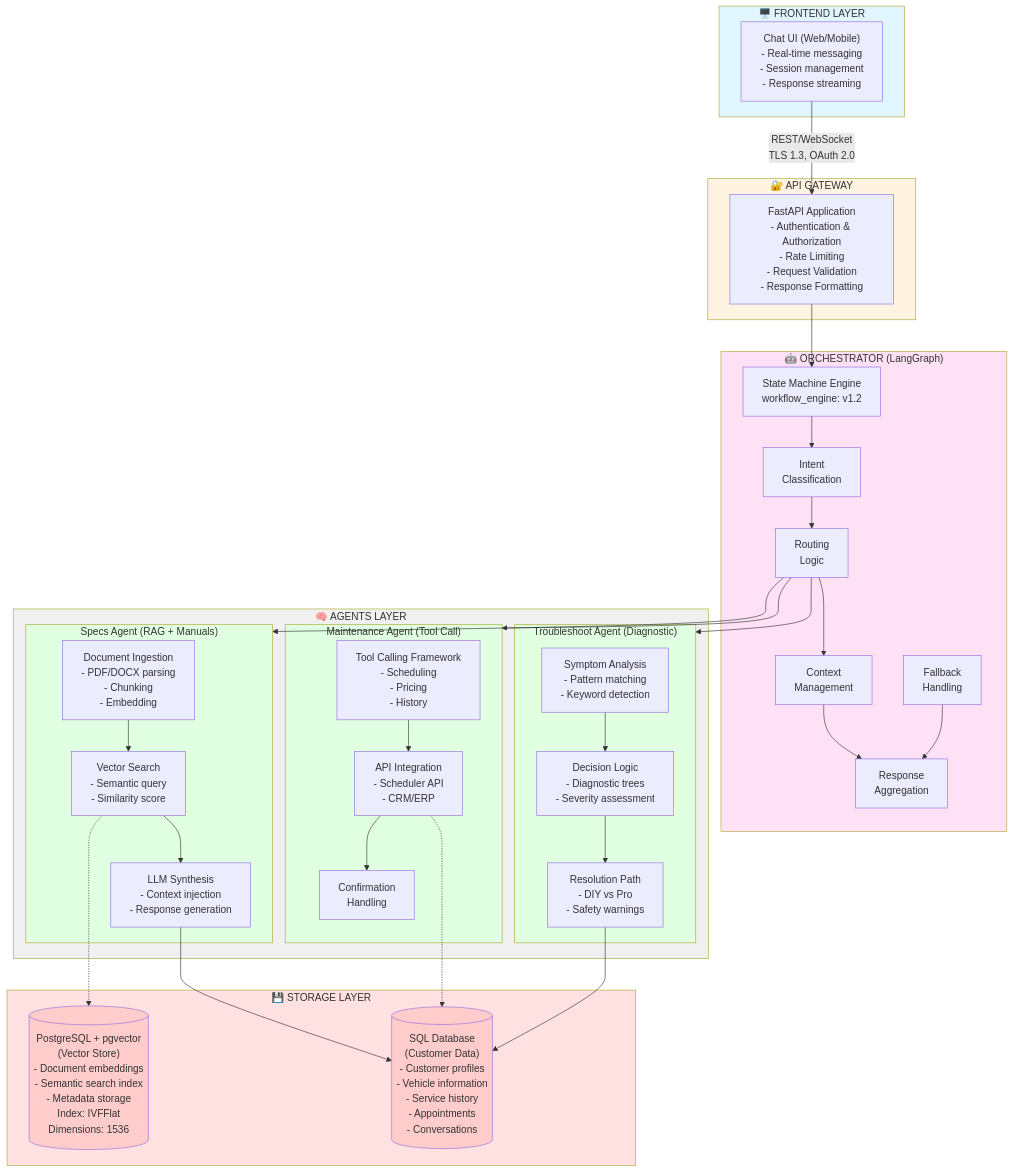
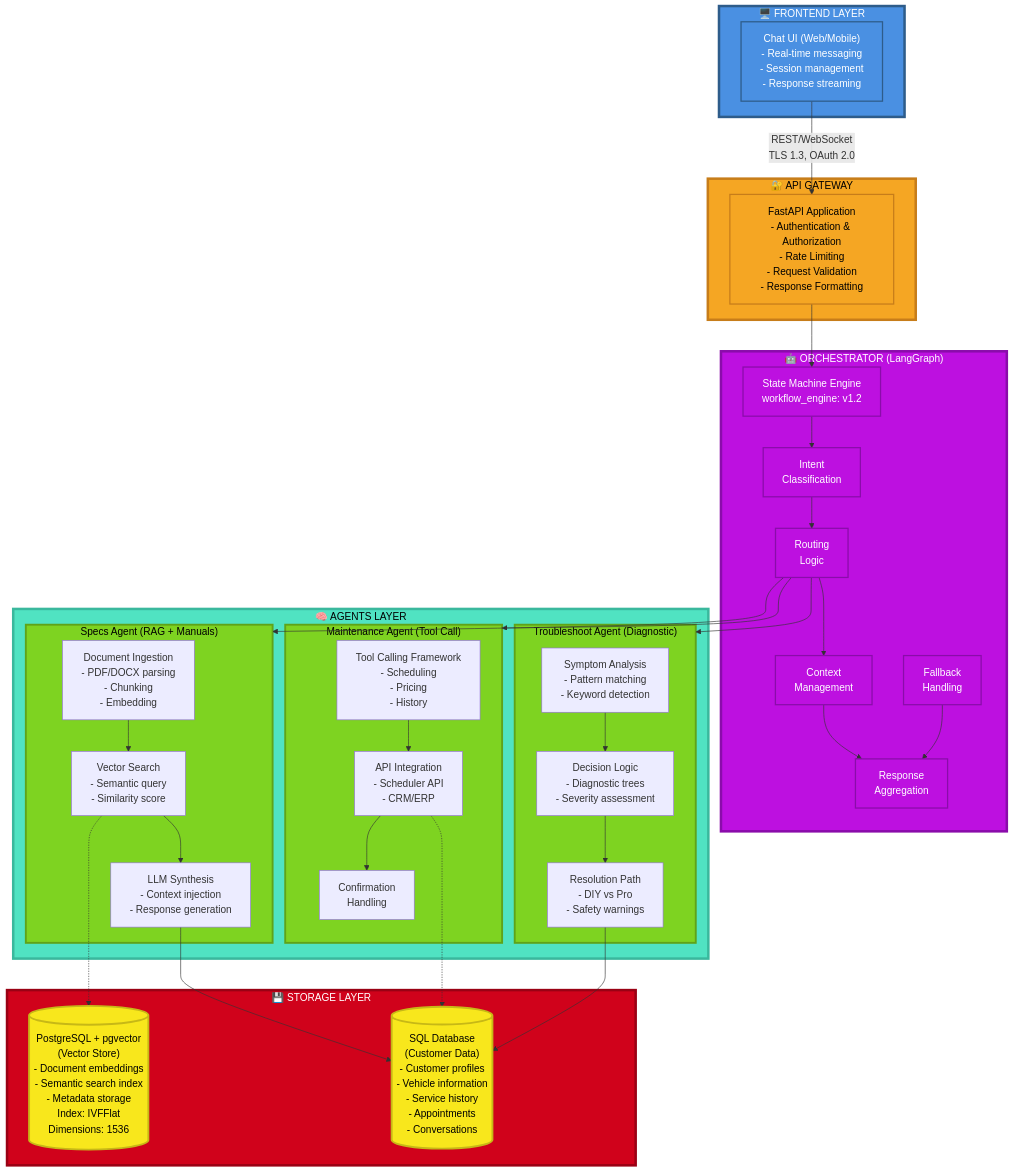
The diagram in docs/architecture/ARCHITECTURE.md (Dumorro/genai-auto), drawn with Mermaid before and after one commit. The commit also changed 1 other file, not shown here.

Commit message:
docs: improve Mermaid diagrams visibility for dark mode
- Use vibrant, high-contrast colors
- Add thicker borders (3-4px) for better definition
- Ensure text contrast (white on dark, black on light)
- Colors work well in both light and dark themes

````diff
--- a/docs/architecture/ARCHITECTURE.md
+++ b/docs/architecture/ARCHITECTURE.md
@@ -77,14 +77,22 @@
     APIInteg -.-> SQL
     Resolution --> SQL
     
-    style FRONTEND fill:#e1f5ff
-    style API fill:#fff4e1
-    style ORCHESTRATOR fill:#ffe1f5
-    style AGENTS fill:#f0f0f0
-    style SPECS fill:#e1ffe1
-    style MAINT fill:#e1ffe1
-    style TROUBLE fill:#e1ffe1
-    style STORAGE fill:#ffe1e1
-    style Vector fill:#ffcccc
-    style SQL fill:#ffcccc
+    style FRONTEND fill:#4A90E2,stroke:#2E5C8A,stroke-width:4px,color:#fff
+    style API fill:#F5A623,stroke:#C77D1A,stroke-width:4px,color:#000
+    style ORCHESTRATOR fill:#BD10E0,stroke:#8A0CAA,stroke-width:4px,color:#fff
+    style AGENTS fill:#50E3C2,stroke:#3AB89D,stroke-width:4px,color:#000
+    style SPECS fill:#7ED321,stroke:#5FA319,stroke-width:3px,color:#000
+    style MAINT fill:#7ED321,stroke:#5FA319,stroke-width:3px,color:#000
+    style TROUBLE fill:#7ED321,stroke:#5FA319,stroke-width:3px,color:#000
+    style STORAGE fill:#D0021B,stroke:#9A0114,stroke-width:4px,color:#fff
+    style Vector fill:#F8E71C,stroke:#C7B816,stroke-width:3px,color:#000
+    style SQL fill:#F8E71C,stroke:#C7B816,stroke-width:3px,color:#000
+    style UI fill:#4A90E2,stroke:#2E5C8A,stroke-width:2px,color:#fff
+    style FastAPI fill:#F5A623,stroke:#C77D1A,stroke-width:2px,color:#000
+    style StateMachine fill:#BD10E0,stroke:#8A0CAA,stroke-width:2px,color:#fff
+    style Intent fill:#BD10E0,stroke:#8A0CAA,stroke-width:2px,color:#fff
+    style Routing fill:#BD10E0,stroke:#8A0CAA,stroke-width:2px,color:#fff
+    style Context fill:#BD10E0,stroke:#8A0CAA,stroke-width:2px,color:#fff
+    style Fallback fill:#BD10E0,stroke:#8A0CAA,stroke-width:2px,color:#fff
+    style Response fill:#BD10E0,stroke:#8A0CAA,stroke-width:2px,color:#fff
 ```
````
